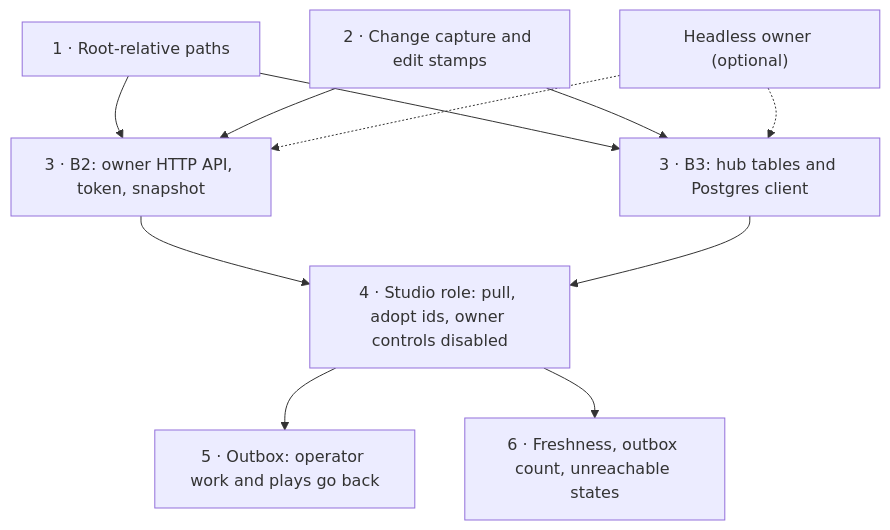
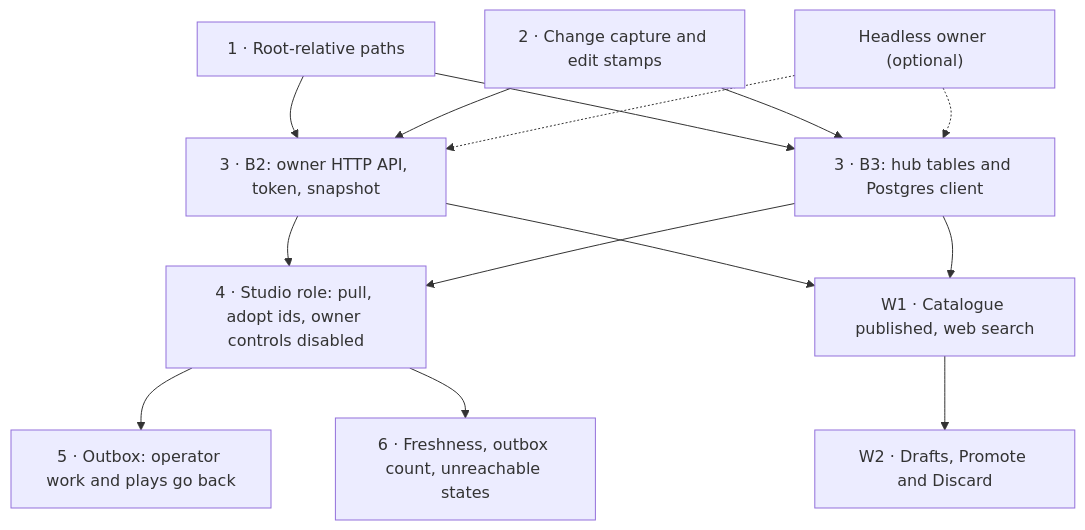
Before and after one commit to Arskah/radiodiodj: the sixth of 6 diagrams in docs/external-library.md, drawn with Mermaid. The commit also changed other lines of this file and 2 other files, not shown here.

First line of the commit message:
docs(external-library): hold every option to the web page's search

````diff
--- a/docs/external-library.md
+++ b/docs/external-library.md
@@ -456,21 +584,26 @@
 ```mermaid
 flowchart TD
   I1["1 · Root-relative paths"]
   I2["2 · Change capture and edit stamps"]
   I3a["3 · B2: owner HTTP API, token, snapshot"]
   I3b["3 · B3: hub tables and Postgres client"]
   I4["4 · Studio role: pull, adopt ids, owner controls disabled"]
   I5["5 · Outbox: operator work and plays go back"]
   I6["6 · Freshness, outbox count, unreachable states"]
   H["Headless owner (optional)"]
+  W1["W1 · Catalogue published, web search"]
+  W2["W2 · Drafts, Promote and Discard"]
   I1 --> I3a
   I1 --> I3b
   I2 --> I3a
   I2 --> I3b
   I3a --> I4
   I3b --> I4
   I4 --> I5
   I4 --> I6
+  I3a --> W1
+  I3b --> W1
+  W1 --> W2
   H -.-> I3a
   H -.-> I3b
 ```
````
